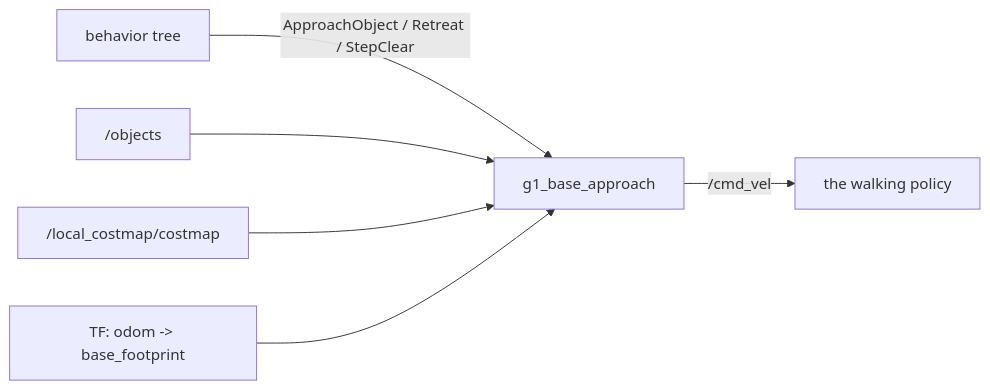
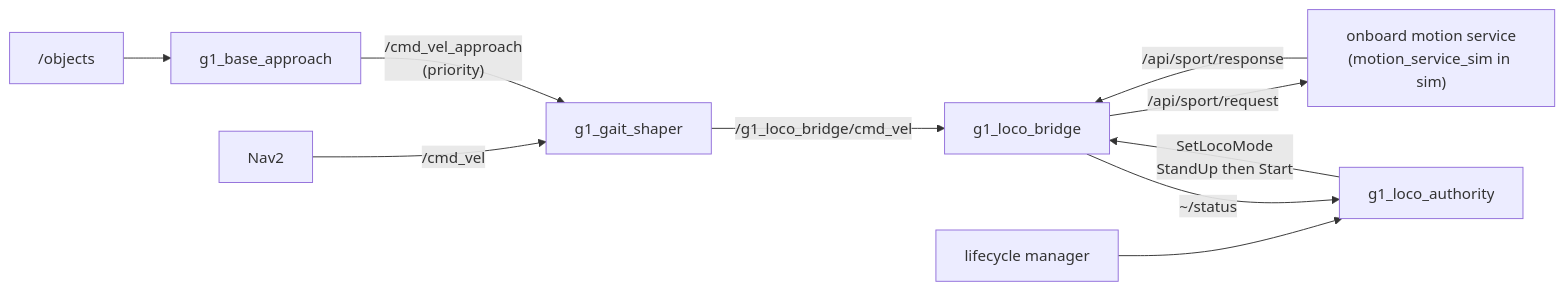
One commit to Mertsr/merts-g1-dex5 changed the diagram in workspace/src/g1_locomotion/README.md. Above: the diagram before and after it, drawn with Mermaid. The commit also changed other lines of this file and 694 other files, not shown here.

````diff
--- a/workspace/src/g1_locomotion/README.md
+++ b/workspace/src/g1_locomotion/README.md
@@ -8,8 +9,12 @@
 ```mermaid
 flowchart LR
-    BT["behavior tree"] -- "ApproachObject / Retreat / StepClear" --> BA["g1_base_approach"]
+    NAV["Nav2"] -- "/cmd_vel" --> GS["g1_gait_shaper"]
+    BA["g1_base_approach"] -- "/cmd_vel_approach<br/>(priority)" --> GS
     OBJ["/objects"] --> BA
-    CM["/local_costmap/costmap"] --> BA
-    TF["TF: odom -> base_footprint"] --> BA
-    BA -- "/cmd_vel" --> POL["the walking policy"]
+    GS -- "/g1_loco_bridge/cmd_vel" --> BR["g1_loco_bridge"]
+    LM["lifecycle manager"] --> AU["g1_loco_authority"]
+    AU -- "SetLocoMode<br/>StandUp then Start" --> BR
+    BR -- "/api/sport/request" --> RS["onboard motion service<br/>(motion_service_sim in sim)"]
+    RS -- "/api/sport/response" --> BR
+    BR -- "~/status" --> AU
 ```
````
